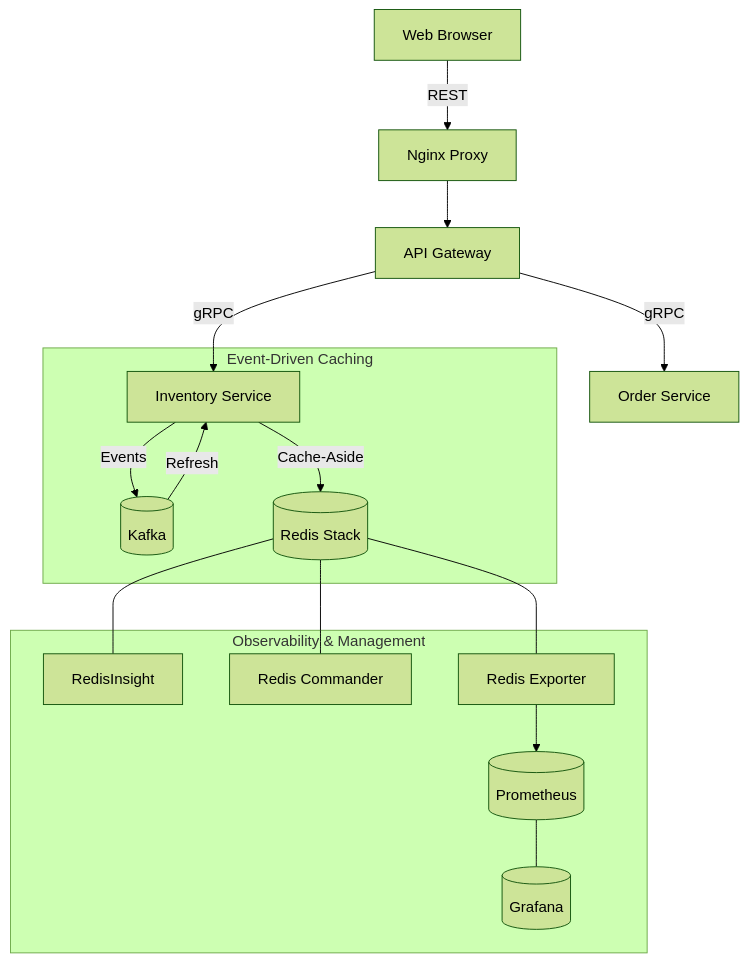
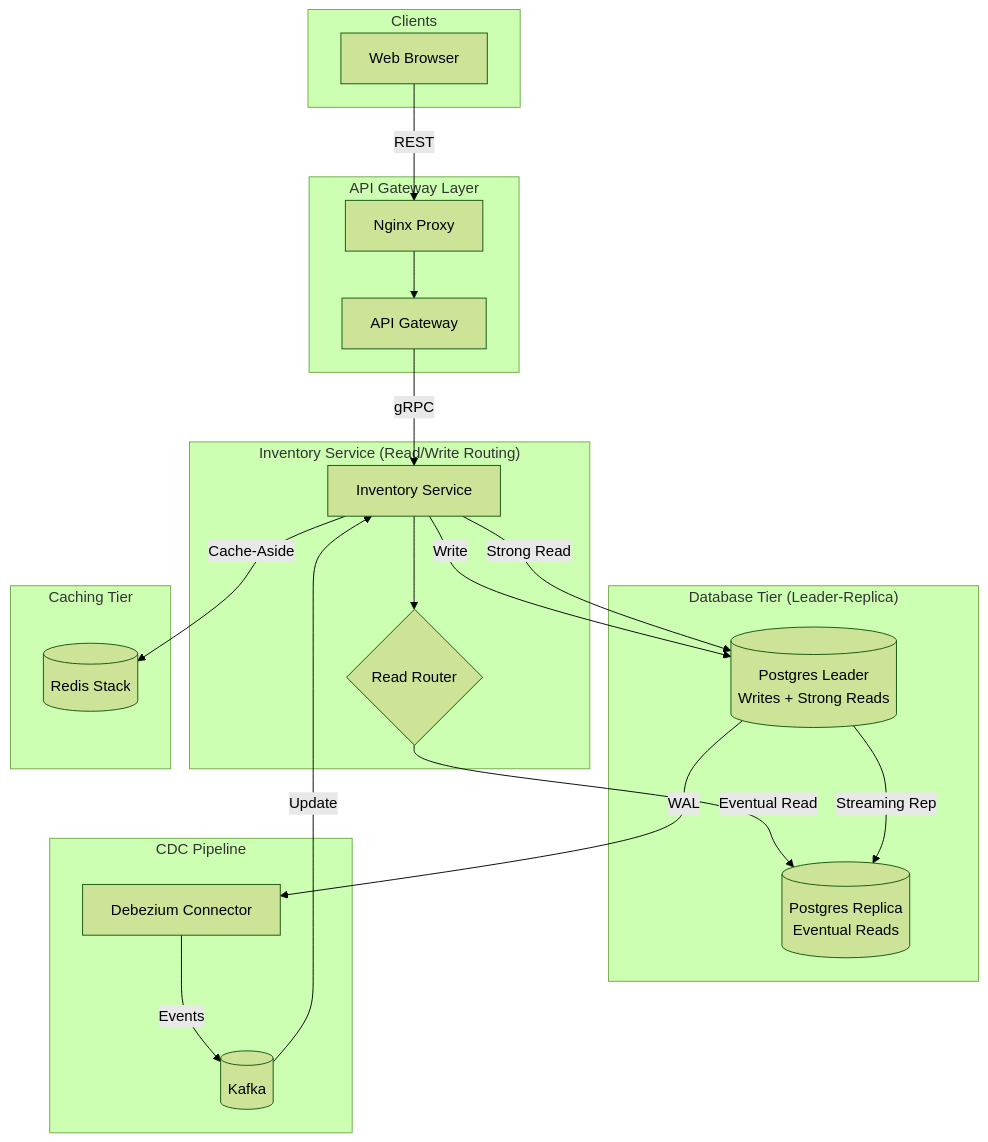
One commit to sairam0424/gRPC-micro-services changed the diagram in order-processing-system/docs/architecture.md. Above: the diagram before and after it, drawn with Mermaid (forest theme). The commit also changed 7 other files, not shown here.

Commit message:
feat: Implement Change Data Capture (CDC) with Debezium and Kafka, and Leader-Replica database architecture with read/write splitting for the inventory service.

````diff
--- a/order-processing-system/docs/architecture.md
+++ b/order-processing-system/docs/architecture.md
@@ -43,21 +43,49 @@
 ```mermaid
-graph TD
-    Client[Web Browser] -->|REST| Proxy[Nginx Proxy]
-    Proxy --> Gateway[API Gateway]
-    Gateway -->|gRPC| Order[Order Service]
-    Gateway -->|gRPC| Inventory[Inventory Service]
+flowchart TD
+    subgraph "Clients"
+        Client[Web Browser]
+    end
+
+    subgraph "API Gateway Layer"
+        Proxy[Nginx Proxy]
+        Gateway[API Gateway]
+    end
+
+    subgraph "Inventory Service (Read/Write Routing)"
+        Inventory[Inventory Service]
+        ReadRouter{Read Router}
+    end
+
+    subgraph "Database Tier (Leader-Replica)"
+        LeaderDB[(Postgres Leader\nWrites + Strong Reads)]
+        ReplicaDB[(Postgres Replica\nEventual Reads)]
+    end
+
+    subgraph "CDC Pipeline"
+        Debezium[Debezium Connector]
+        Kafka[(Kafka)]
+    end
+
+    subgraph "Caching Tier"
+        Redis[(Redis Stack)]
+    end
+
+    %% Flow
+    Client -->|REST| Proxy
+    Proxy --> Gateway
+    Gateway -->|gRPC| Inventory
     
-    subgraph "Event-Driven Caching"
-        Inventory -->|Events| Kafka[(Kafka)]
-        Kafka -->|Refresh| Inventory
-        Inventory -->|Cache-Aside| Redis[(Redis Stack)]
-    end
+    Inventory -->|Write| LeaderDB
+    Inventory -->|Strong Read| LeaderDB
+    Inventory --> ReadRouter
+    ReadRouter -->|Eventual Read| ReplicaDB
+
+    %% Replication & CDC
+    LeaderDB -->|Streaming Rep| ReplicaDB
+    LeaderDB -->|WAL| Debezium
+    Debezium -->|Events| Kafka
+    Kafka -->|Update| Inventory
     
-    subgraph "Observability & Management"
-        Prometheus[(Prometheus)] --- Grafana[(Grafana)]
-        Redis --- RedisInsight[RedisInsight]
-        Redis --- RedisCommander[Redis Commander]
-        Redis --- RedisExporter[Redis Exporter]
-        RedisExporter --> Prometheus
-    end
+    %% Caching
+    Inventory -->|Cache-Aside| Redis
 ```
````
